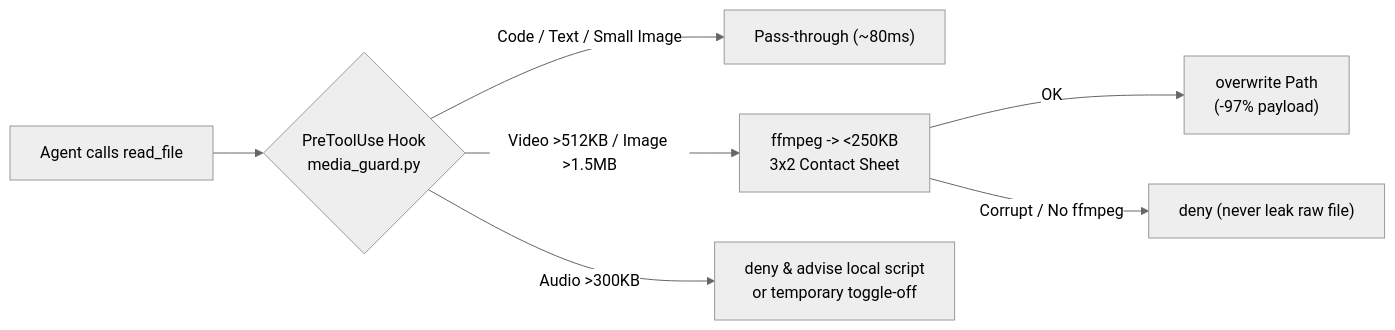
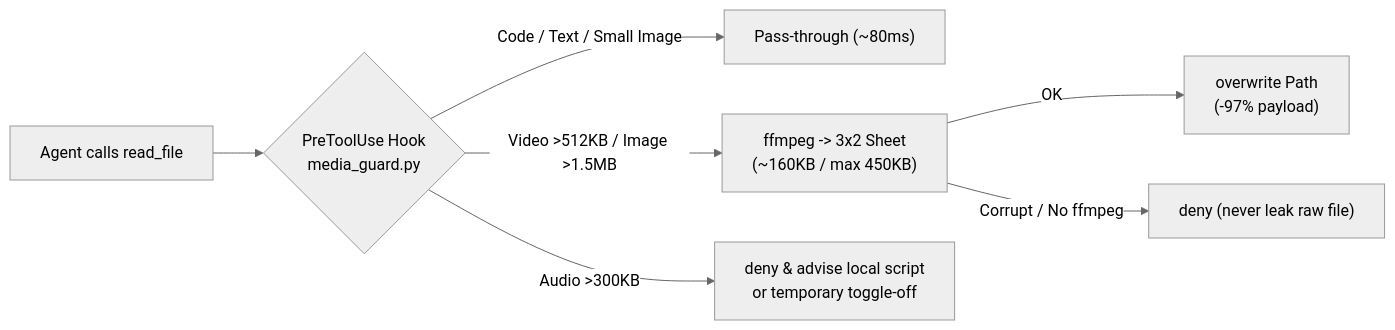
One commit to zhangzhangwudi2-creator/antigravity-traffic-guard changed the diagram in README_EN.md. Above: the diagram before and after it, drawn with Mermaid (neutral theme). The commit also changed other lines of this file and 3 other files, not shown here.

````diff
--- a/README_EN.md
+++ b/README_EN.md
@@ -23,9 +24,9 @@
 ```mermaid
 flowchart LR
   A["Agent calls read_file"] --> B{"PreToolUse Hook<br/>media_guard.py"}
   B -- "Code / Text / Small Image" --> C["Pass-through (~80ms)"]
-  B -- "Video >512KB / Image >1.5MB" --> D["ffmpeg -> <250KB<br/>3x2 Contact Sheet"]
+  B -- "Video >512KB / Image >1.5MB" --> D["ffmpeg -> 3x2 Sheet<br/>(~160KB / max 450KB)"]
   D -- "OK" --> E["overwrite Path<br/>(-97% payload)"]
   D -- "Corrupt / No ffmpeg" --> F["deny (never leak raw file)"]
   B -- "Audio >300KB" --> G["deny & advise local script<br/>or temporary toggle-off"]
 ```
````
